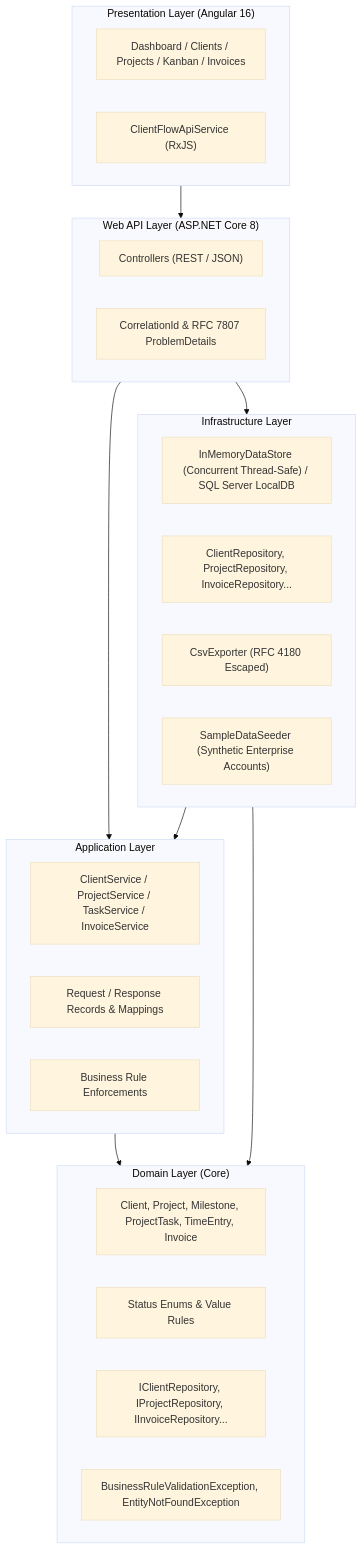
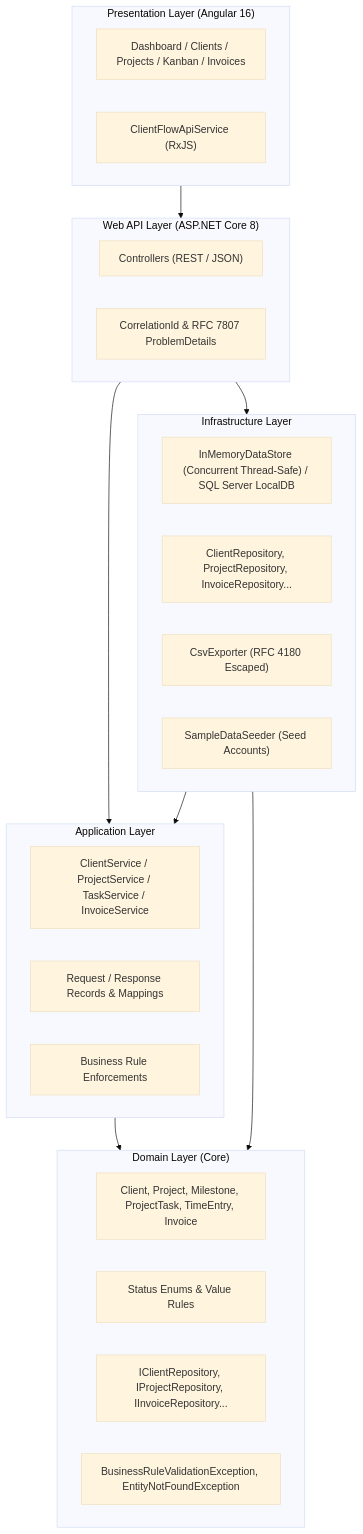
Before and after one commit to RASHA2702/ClientFlow: the diagram in docs/ARCHITECTURE.md, drawn with Mermaid (base theme). The commit also changed other lines of this file and 3 other files, not shown here.

Commit message:
docs: refine architecture and documentation notes

````diff
--- a/docs/ARCHITECTURE.md
+++ b/docs/ARCHITECTURE.md
@@ -6,39 +6,39 @@
 ```mermaid
 flowchart TD
     subgraph UI ["Presentation Layer (Angular 16)"]
         Components["Dashboard / Clients / Projects / Kanban / Invoices"]
         Services["ClientFlowApiService (RxJS)"]
     end
 
     subgraph API ["Web API Layer (ASP.NET Core 8)"]
         Controllers["Controllers (REST / JSON)"]
         Middlewares["CorrelationId & RFC 7807 ProblemDetails"]
     end
 
     subgraph App ["Application Layer"]
         AppServices["ClientService / ProjectService / TaskService / InvoiceService"]
         DTOs["Request / Response Records & Mappings"]
         Validation["Business Rule Enforcements"]
     end
 
     subgraph Dom ["Domain Layer (Core)"]
         Entities["Client, Project, Milestone, ProjectTask, TimeEntry, Invoice"]
         DomainEnums["Status Enums & Value Rules"]
         RepoInterfaces["IClientRepository, IProjectRepository, IInvoiceRepository..."]
         Exceptions["BusinessRuleValidationException, EntityNotFoundException"]
     end
 
     subgraph Infra ["Infrastructure Layer"]
         DataStore["InMemoryDataStore (Concurrent Thread-Safe) / SQL Server LocalDB"]
         RepoImpl["ClientRepository, ProjectRepository, InvoiceRepository..."]
         Exporter["CsvExporter (RFC 4180 Escaped)"]
-        Seeder["SampleDataSeeder (Synthetic Enterprise Accounts)"]
+        Seeder["SampleDataSeeder (Seed Accounts)"]
     end
 
     UI --> API
     API --> App
     App --> Dom
     Infra --> Dom
     Infra --> App
     API --> Infra
 ```
````
